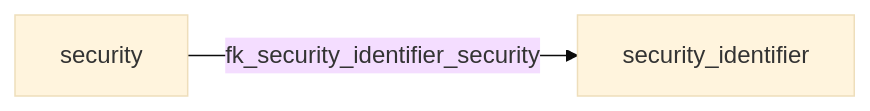
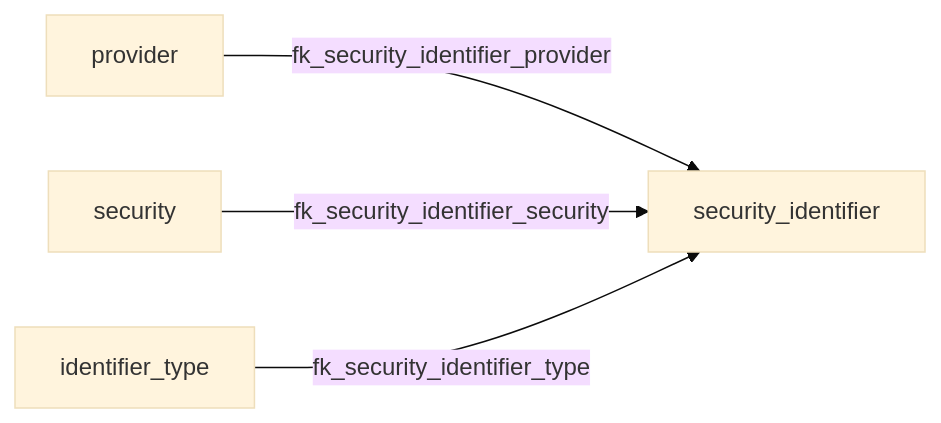
Before and after one commit to cmhettinger/empire: the diagram in docs/db/stonks/generated/erd-groups/security-identity-relations.md, drawn with Mermaid (base theme). The commit also changed 79 other files, not shown here.

````diff
--- a/docs/db/stonks/generated/erd-groups/security-identity-relations.md
+++ b/docs/db/stonks/generated/erd-groups/security-identity-relations.md
@@ -1,7 +1,11 @@
 ```mermaid
 flowchart LR
+  identifier_type["identifier_type"]
+  provider["provider"]
   security["security"]
   security_identifier["security_identifier"]
 
+  provider -->|fk_security_identifier_provider| security_identifier
   security -->|fk_security_identifier_security| security_identifier
+  identifier_type -->|fk_security_identifier_type| security_identifier
 ```
````
